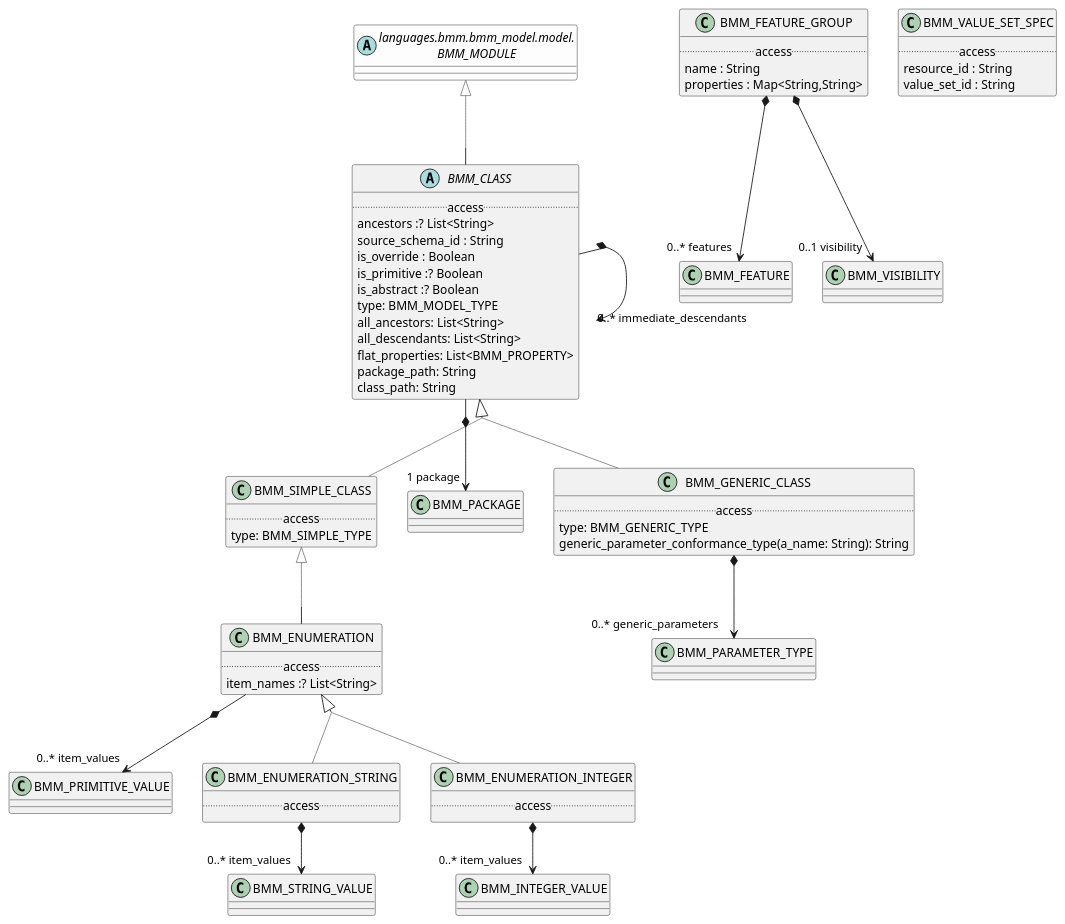
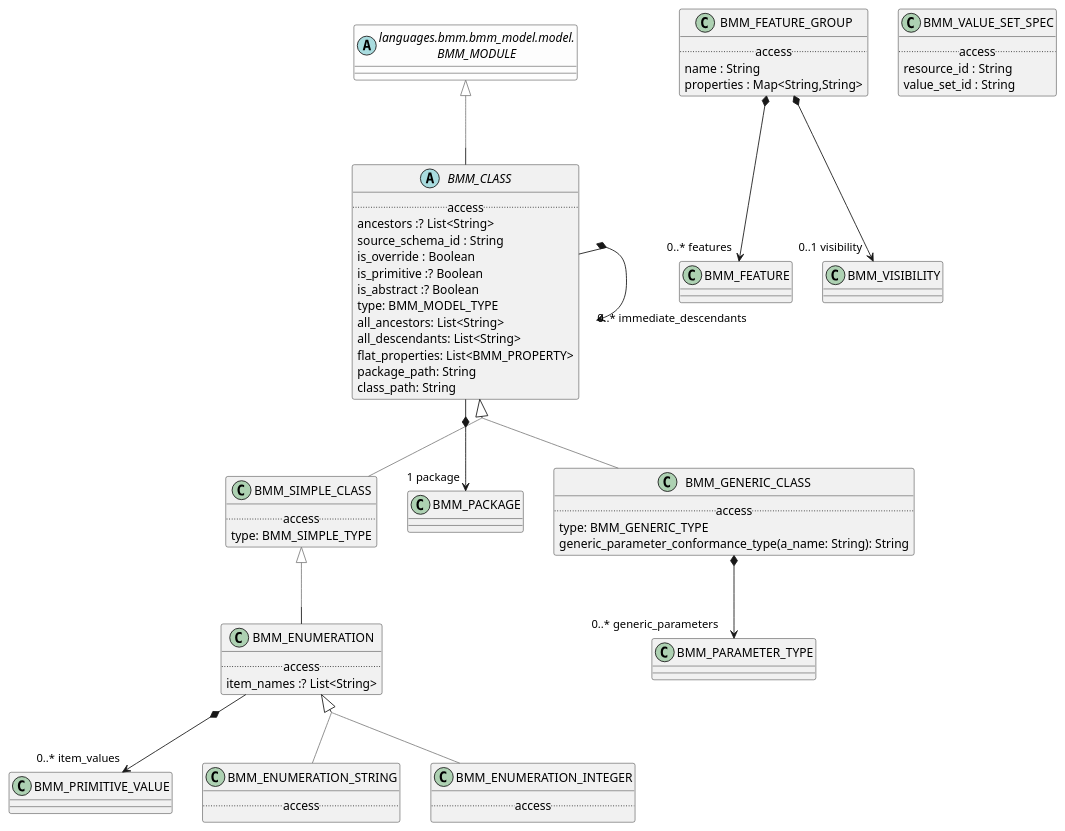
The diagram in modules/ROOT/examples/bmm/languages/bmm/bmm_model/class/class-package-uml.adoc (wolandscat/openehr-doc), drawn with PlantUML before and after one commit. The commit also changed 541 other files, not shown here.

Commit message:
Regen with override markers, and override relations removed from UML.

```diff
--- a/modules/ROOT/examples/bmm/languages/bmm/bmm_model/class/class-package-uml.adoc
+++ b/modules/ROOT/examples/bmm/languages/bmm/bmm_model/class/class-package-uml.adoc
@@ -11,7 +11,7 @@
         type: BMM_SIMPLE_TYPE
 }
 
-BMM_SIMPLE_CLASS -[#gray]up-|> BMM_CLASS  
+BMM_SIMPLE_CLASS -[#gray]up-|> BMM_CLASS
 
 
 class BMM_ENUMERATION [[/openehr-doc/latest/languages/bmm-gen.html#_class_bmm_enumeration]] {
@@ -19,7 +19,7 @@
         item_names :? List<String>
 }
 
-BMM_ENUMERATION -[#gray]up-|> BMM_SIMPLE_CLASS  
+BMM_ENUMERATION -[#gray]up-|> BMM_SIMPLE_CLASS
 
 
 BMM_ENUMERATION *--> "0..* item_values" BMM_PRIMITIVE_VALUE
@@ -28,10 +28,8 @@
         .. access ..
 }
 
-BMM_ENUMERATION_STRING -[#gray]up-|> BMM_ENUMERATION  
+BMM_ENUMERATION_STRING -[#gray]up-|> BMM_ENUMERATION
 
-
-BMM_ENUMERATION_STRING *--> "0..* item_values" BMM_STRING_VALUE
 
 class BMM_FEATURE_GROUP [[/openehr-doc/latest/languages/bmm-gen.html#_class_bmm_feature_group]] {
         .. access ..
@@ -47,10 +45,8 @@
         .. access ..
 }
 
-BMM_ENUMERATION_INTEGER -[#gray]up-|> BMM_ENUMERATION  
+BMM_ENUMERATION_INTEGER -[#gray]up-|> BMM_ENUMERATION
 
-
-BMM_ENUMERATION_INTEGER *--> "0..* item_values" BMM_INTEGER_VALUE
 
 class BMM_VALUE_SET_SPEC [[/openehr-doc/latest/languages/bmm-gen.html#_class_bmm_value_set_spec]] {
         .. access ..
@@ -73,7 +69,7 @@
         class_path: String
 }
 
-BMM_CLASS -[#gray]up-|> BMM_MODULE  
+BMM_CLASS -[#gray]up-|> BMM_MODULE
 
 
 BMM_CLASS *--> "1 package" BMM_PACKAGE
@@ -86,7 +82,7 @@
         generic_parameter_conformance_type(a_name: String): String
 }
 
-BMM_GENERIC_CLASS -[#gray]up-|> BMM_CLASS  
+BMM_GENERIC_CLASS -[#gray]up-|> BMM_CLASS
 
 
 BMM_GENERIC_CLASS *--> "0..* generic_parameters" BMM_PARAMETER_TYPE
```
